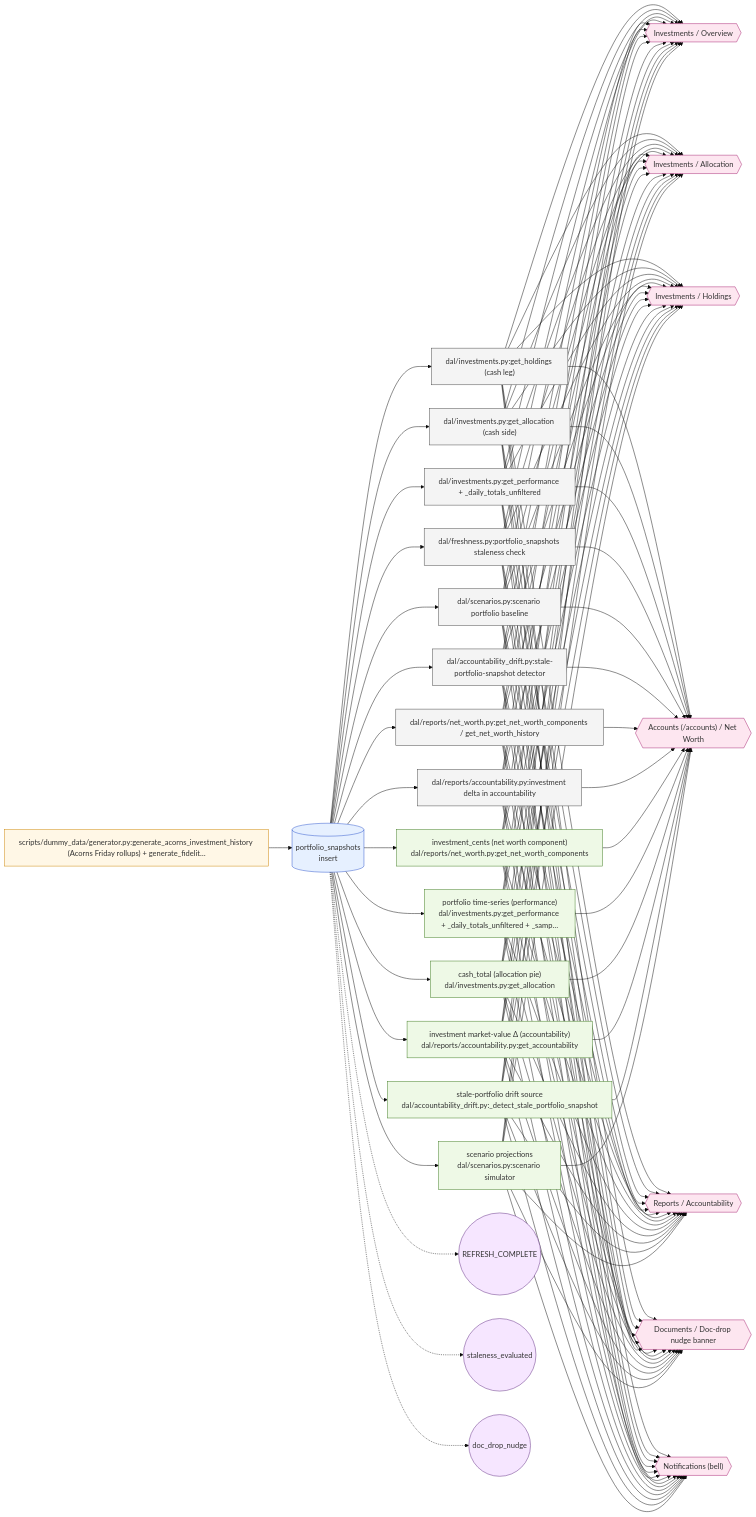
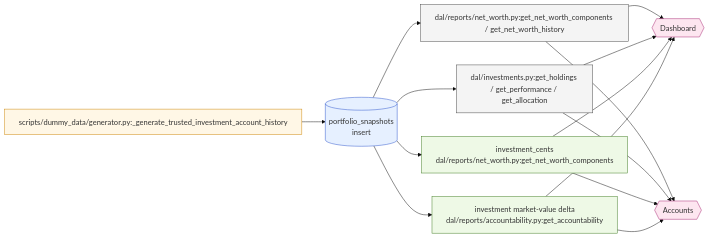
The diagram in docs/data-lineage/diagrams/portfolio_snapshot.mmd (wileyqe/Sentry-Finance), drawn with Mermaid (base theme) before and after one commit. The commit also changed 44 other files, not shown here.

```diff
--- a/docs/data-lineage/diagrams/portfolio_snapshot.mmd
+++ b/docs/data-lineage/diagrams/portfolio_snapshot.mmd
@@ -1,159 +1,37 @@
 %% Auto-generated by build_diagrams.py — do not edit by hand.
 %% Event: portfolio_snapshot (class: external_force)
 %% Portfolio snapshot (account-level total)
 graph LR
-  origin["scripts/dummy_data/generator.py:generate_acorns_investment_history (Acorns Friday rollups) + generate_fidelit…"]
+  origin["scripts/dummy_data/generator.py:_generate_trusted_investment_account_history"]
   tbl_portfolio_snapshots[("portfolio_snapshots<br/>insert")]
   origin --> tbl_portfolio_snapshots
-  dc0_get_holdings_cash_leg["dal/investments.py:get_holdings (cash leg)"]
-  dc1_get_allocation_cash_side["dal/investments.py:get_allocation (cash side)"]
-  dc2_get_performance_daily_totals_unfiltered["dal/investments.py:get_performance + _daily_totals_unfiltered"]
-  dc3_portfolio_snapshots_staleness_check["dal/freshness.py:portfolio_snapshots staleness check"]
-  dc4_scenario_portfolio_baseline["dal/scenarios.py:scenario portfolio baseline"]
-  dc5_stale_portfolio_snapshot_detector["dal/accountability_drift.py:stale-portfolio-snapshot detector"]
-  dc6_get_net_worth_components_get_net_worth_history["dal/reports/net_worth.py:get_net_worth_components / get_net_worth_history"]
-  dc7_investment_delta_in_accountability["dal/reports/accountability.py:investment delta in accountability"]
-  dv0_investment_cents_net_worth_component["investment_cents (net worth component)<br/>dal/reports/net_worth.py:get_net_worth_components"]
-  dv1_portfolio_time_series_performance["portfolio time-series (performance)<br/>dal/investments.py:get_performance + _daily_totals_unfiltered + _samp…"]
-  dv2_cash_total_allocation_pie["cash_total (allocation pie)<br/>dal/investments.py:get_allocation"]
-  dv3_investment_market_value_accountability["investment market-value Δ (accountability)<br/>dal/reports/accountability.py:get_accountability"]
-  dv4_stale_portfolio_drift_source["stale-portfolio drift source<br/>dal/accountability_drift.py:_detect_stale_portfolio_snapshot"]
-  dv5_scenario_projections["scenario projections<br/>dal/scenarios.py:scenario simulator"]
-  tbl_portfolio_snapshots --> dc0_get_holdings_cash_leg
-  tbl_portfolio_snapshots --> dc1_get_allocation_cash_side
-  tbl_portfolio_snapshots --> dc2_get_performance_daily_totals_unfiltered
-  tbl_portfolio_snapshots --> dc3_portfolio_snapshots_staleness_check
-  tbl_portfolio_snapshots --> dc4_scenario_portfolio_baseline
-  tbl_portfolio_snapshots --> dc5_stale_portfolio_snapshot_detector
-  tbl_portfolio_snapshots --> dc6_get_net_worth_components_get_net_worth_history
-  tbl_portfolio_snapshots --> dc7_investment_delta_in_accountability
-  tbl_portfolio_snapshots --> dv0_investment_cents_net_worth_component
-  tbl_portfolio_snapshots --> dv1_portfolio_time_series_performance
-  tbl_portfolio_snapshots --> dv2_cash_total_allocation_pie
-  tbl_portfolio_snapshots --> dv3_investment_market_value_accountability
-  tbl_portfolio_snapshots --> dv4_stale_portfolio_drift_source
-  tbl_portfolio_snapshots --> dv5_scenario_projections
-  ui0_Investments_Overview{{"Investments / Overview"}}
-  ui1_Investments_Allocation{{"Investments / Allocation"}}
-  ui2_Investments_Holdings{{"Investments / Holdings"}}
-  ui3_Accounts_accounts_Net_Worth{{"Accounts (/accounts) / Net Worth"}}
-  ui4_Reports_Accountability{{"Reports / Accountability"}}
-  ui5_Documents_Doc_drop_nudge_banner{{"Documents / Doc-drop nudge banner"}}
-  ui6_Notifications_bell{{"Notifications (bell)"}}
-  dc0_get_holdings_cash_leg --> ui0_Investments_Overview
-  dc1_get_allocation_cash_side --> ui0_Investments_Overview
-  dc2_get_performance_daily_totals_unfiltered --> ui0_Investments_Overview
-  dc3_portfolio_snapshots_staleness_check --> ui0_Investments_Overview
-  dc4_scenario_portfolio_baseline --> ui0_Investments_Overview
-  dc5_stale_portfolio_snapshot_detector --> ui0_Investments_Overview
-  dc6_get_net_worth_components_get_net_worth_history --> ui0_Investments_Overview
-  dc7_investment_delta_in_accountability --> ui0_Investments_Overview
-  dv0_investment_cents_net_worth_component --> ui0_Investments_Overview
-  dv1_portfolio_time_series_performance --> ui0_Investments_Overview
-  dv2_cash_total_allocation_pie --> ui0_Investments_Overview
-  dv3_investment_market_value_accountability --> ui0_Investments_Overview
-  dv4_stale_portfolio_drift_source --> ui0_Investments_Overview
-  dv5_scenario_projections --> ui0_Investments_Overview
-  dc0_get_holdings_cash_leg --> ui1_Investments_Allocation
-  dc1_get_allocation_cash_side --> ui1_Investments_Allocation
-  dc2_get_performance_daily_totals_unfiltered --> ui1_Investments_Allocation
-  dc3_portfolio_snapshots_staleness_check --> ui1_Investments_Allocation
-  dc4_scenario_portfolio_baseline --> ui1_Investments_Allocation
-  dc5_stale_portfolio_snapshot_detector --> ui1_Investments_Allocation
-  dc6_get_net_worth_components_get_net_worth_history --> ui1_Investments_Allocation
-  dc7_investment_delta_in_accountability --> ui1_Investments_Allocation
-  dv0_investment_cents_net_worth_component --> ui1_Investments_Allocation
-  dv1_portfolio_time_series_performance --> ui1_Investments_Allocation
-  dv2_cash_total_allocation_pie --> ui1_Investments_Allocation
-  dv3_investment_market_value_accountability --> ui1_Investments_Allocation
-  dv4_stale_portfolio_drift_source --> ui1_Investments_Allocation
-  dv5_scenario_projections --> ui1_Investments_Allocation
-  dc0_get_holdings_cash_leg --> ui2_Investments_Holdings
-  dc1_get_allocation_cash_side --> ui2_Investments_Holdings
-  dc2_get_performance_daily_totals_unfiltered --> ui2_Investments_Holdings
-  dc3_portfolio_snapshots_staleness_check --> ui2_Investments_Holdings
-  dc4_scenario_portfolio_baseline --> ui2_Investments_Holdings
-  dc5_stale_portfolio_snapshot_detector --> ui2_Investments_Holdings
-  dc6_get_net_worth_components_get_net_worth_history --> ui2_Investments_Holdings
-  dc7_investment_delta_in_accountability --> ui2_Investments_Holdings
-  dv0_investment_cents_net_worth_component --> ui2_Investments_Holdings
-  dv1_portfolio_time_series_performance --> ui2_Investments_Holdings
-  dv2_cash_total_allocation_pie --> ui2_Investments_Holdings
-  dv3_investment_market_value_accountability --> ui2_Investments_Holdings
-  dv4_stale_portfolio_drift_source --> ui2_Investments_Holdings
-  dv5_scenario_projections --> ui2_Investments_Holdings
-  dc0_get_holdings_cash_leg --> ui3_Accounts_accounts_Net_Worth
-  dc1_get_allocation_cash_side --> ui3_Accounts_accounts_Net_Worth
-  dc2_get_performance_daily_totals_unfiltered --> ui3_Accounts_accounts_Net_Worth
-  dc3_portfolio_snapshots_staleness_check --> ui3_Accounts_accounts_Net_Worth
-  dc4_scenario_portfolio_baseline --> ui3_Accounts_accounts_Net_Worth
-  dc5_stale_portfolio_snapshot_detector --> ui3_Accounts_accounts_Net_Worth
-  dc6_get_net_worth_components_get_net_worth_history --> ui3_Accounts_accounts_Net_Worth
-  dc7_investment_delta_in_accountability --> ui3_Accounts_accounts_Net_Worth
-  dv0_investment_cents_net_worth_component --> ui3_Accounts_accounts_Net_Worth
-  dv1_portfolio_time_series_performance --> ui3_Accounts_accounts_Net_Worth
-  dv2_cash_total_allocation_pie --> ui3_Accounts_accounts_Net_Worth
-  dv3_investment_market_value_accountability --> ui3_Accounts_accounts_Net_Worth
-  dv4_stale_portfolio_drift_source --> ui3_Accounts_accounts_Net_Worth
-  dv5_scenario_projections --> ui3_Accounts_accounts_Net_Worth
-  dc0_get_holdings_cash_leg --> ui4_Reports_Accountability
-  dc1_get_allocation_cash_side --> ui4_Reports_Accountability
-  dc2_get_performance_daily_totals_unfiltered --> ui4_Reports_Accountability
-  dc3_portfolio_snapshots_staleness_check --> ui4_Reports_Accountability
-  dc4_scenario_portfolio_baseline --> ui4_Reports_Accountability
-  dc5_stale_portfolio_snapshot_detector --> ui4_Reports_Accountability
-  dc6_get_net_worth_components_get_net_worth_history --> ui4_Reports_Accountability
-  dc7_investment_delta_in_accountability --> ui4_Reports_Accountability
-  dv0_investment_cents_net_worth_component --> ui4_Reports_Accountability
-  dv1_portfolio_time_series_performance --> ui4_Reports_Accountability
-  dv2_cash_total_allocation_pie --> ui4_Reports_Accountability
-  dv3_investment_market_value_accountability --> ui4_Reports_Accountability
-  dv4_stale_portfolio_drift_source --> ui4_Reports_Accountability
-  dv5_scenario_projections --> ui4_Reports_Accountability
-  dc0_get_holdings_cash_leg --> ui5_Documents_Doc_drop_nudge_banner
-  dc1_get_allocation_cash_side --> ui5_Documents_Doc_drop_nudge_banner
-  dc2_get_performance_daily_totals_unfiltered --> ui5_Documents_Doc_drop_nudge_banner
-  dc3_portfolio_snapshots_staleness_check --> ui5_Documents_Doc_drop_nudge_banner
-  dc4_scenario_portfolio_baseline --> ui5_Documents_Doc_drop_nudge_banner
-  dc5_stale_portfolio_snapshot_detector --> ui5_Documents_Doc_drop_nudge_banner
-  dc6_get_net_worth_components_get_net_worth_history --> ui5_Documents_Doc_drop_nudge_banner
-  dc7_investment_delta_in_accountability --> ui5_Documents_Doc_drop_nudge_banner
-  dv0_investment_cents_net_worth_component --> ui5_Documents_Doc_drop_nudge_banner
-  dv1_portfolio_time_series_performance --> ui5_Documents_Doc_drop_nudge_banner
-  dv2_cash_total_allocation_pie --> ui5_Documents_Doc_drop_nudge_banner
-  dv3_investment_market_value_accountability --> ui5_Documents_Doc_drop_nudge_banner
-  dv4_stale_portfolio_drift_source --> ui5_Documents_Doc_drop_nudge_banner
-  dv5_scenario_projections --> ui5_Documents_Doc_drop_nudge_banner
-  dc0_get_holdings_cash_leg --> ui6_Notifications_bell
-  dc1_get_allocation_cash_side --> ui6_Notifications_bell
-  dc2_get_performance_daily_totals_unfiltered --> ui6_Notifications_bell
-  dc3_portfolio_snapshots_staleness_check --> ui6_Notifications_bell
-  dc4_scenario_portfolio_baseline --> ui6_Notifications_bell
-  dc5_stale_portfolio_snapshot_detector --> ui6_Notifications_bell
-  dc6_get_net_worth_components_get_net_worth_history --> ui6_Notifications_bell
-  dc7_investment_delta_in_accountability --> ui6_Notifications_bell
-  dv0_investment_cents_net_worth_component --> ui6_Notifications_bell
-  dv1_portfolio_time_series_performance --> ui6_Notifications_bell
-  dv2_cash_total_allocation_pie --> ui6_Notifications_bell
-  dv3_investment_market_value_accountability --> ui6_Notifications_bell
-  dv4_stale_portfolio_drift_source --> ui6_Notifications_bell
-  dv5_scenario_projections --> ui6_Notifications_bell
-  ex0_REFRESH_COMPLETE(("REFRESH_COMPLETE"))
-  tbl_portfolio_snapshots -.-> ex0_REFRESH_COMPLETE
-  ex1_staleness_evaluated(("staleness_evaluated"))
-  tbl_portfolio_snapshots -.-> ex1_staleness_evaluated
-  ex2_doc_drop_nudge(("doc_drop_nudge"))
-  tbl_portfolio_snapshots -.-> ex2_doc_drop_nudge
+  dc0_get_net_worth_components_get_net_worth_history["dal/reports/net_worth.py:get_net_worth_components / get_net_worth_history"]
+  dc1_get_holdings_get_performance_get_allocation["dal/investments.py:get_holdings / get_performance / get_allocation"]
+  dv0_investment_cents["investment_cents<br/>dal/reports/net_worth.py:get_net_worth_components"]
+  dv1_investment_market_value_delta["investment market-value delta<br/>dal/reports/accountability.py:get_accountability"]
+  tbl_portfolio_snapshots --> dc0_get_net_worth_components_get_net_worth_history
+  tbl_portfolio_snapshots --> dc1_get_holdings_get_performance_get_allocation
+  tbl_portfolio_snapshots --> dv0_investment_cents
+  tbl_portfolio_snapshots --> dv1_investment_market_value_delta
+  ui0_Dashboard{{"Dashboard"}}
+  ui1_Accounts{{"Accounts"}}
+  dc0_get_net_worth_components_get_net_worth_history --> ui0_Dashboard
+  dc1_get_holdings_get_performance_get_allocation --> ui0_Dashboard
+  dv0_investment_cents --> ui0_Dashboard
+  dv1_investment_market_value_delta --> ui0_Dashboard
+  dc0_get_net_worth_components_get_net_worth_history --> ui1_Accounts
+  dc1_get_holdings_get_performance_get_allocation --> ui1_Accounts
+  dv0_investment_cents --> ui1_Accounts
+  dv1_investment_market_value_delta --> ui1_Accounts
 
   classDef origin fill:#fff7e6,stroke:#cc8400,stroke-width:1px;
   classDef table fill:#e6f0ff,stroke:#2952cc,stroke-width:1px;
   classDef consumer fill:#f4f4f4,stroke:#444,stroke-width:1px;
   classDef derivation fill:#eef9e6,stroke:#3d7a1f,stroke-width:1px;
   classDef ui fill:#fde6f0,stroke:#a5226f,stroke-width:1px;
   classDef effect fill:#f6e6ff,stroke:#5e2a82,stroke-width:1px;
   class origin origin;
   class tbl_portfolio_snapshots table;
-  class dc0_get_holdings_cash_leg,dc1_get_allocation_cash_side,dc2_get_performance_daily_totals_unfiltered,dc3_portfolio_snapshots_staleness_check,dc4_scenario_portfolio_baseline,dc5_stale_portfolio_snapshot_detector,dc6_get_net_worth_components_get_net_worth_history,dc7_investment_delta_in_accountability consumer;
-  class dv0_investment_cents_net_worth_component,dv1_portfolio_time_series_performance,dv2_cash_total_allocation_pie,dv3_investment_market_value_accountability,dv4_stale_portfolio_drift_source,dv5_scenario_projections derivation;
-  class ui0_Investments_Overview,ui1_Investments_Allocation,ui2_Investments_Holdings,ui3_Accounts_accounts_Net_Worth,ui4_Reports_Accountability,ui5_Documents_Doc_drop_nudge_banner,ui6_Notifications_bell ui;
-  class ex0_REFRESH_COMPLETE,ex1_staleness_evaluated,ex2_doc_drop_nudge effect;
+  class dc0_get_net_worth_components_get_net_worth_history,dc1_get_holdings_get_performance_get_allocation consumer;
+  class dv0_investment_cents,dv1_investment_market_value_delta derivation;
+  class ui0_Dashboard,ui1_Accounts ui;
```
